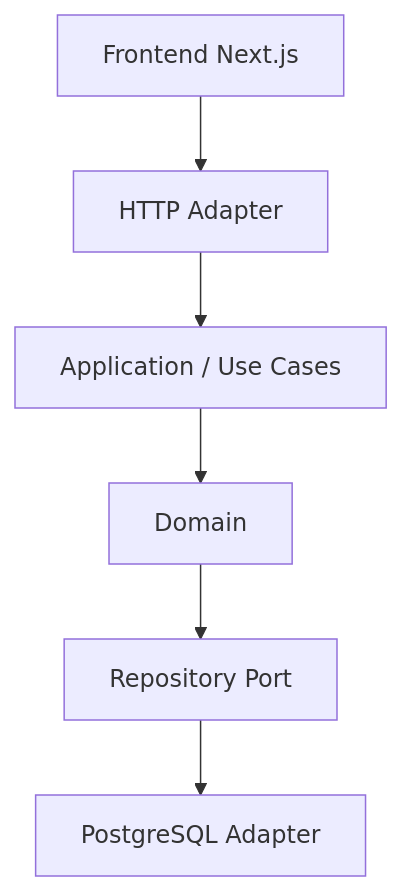
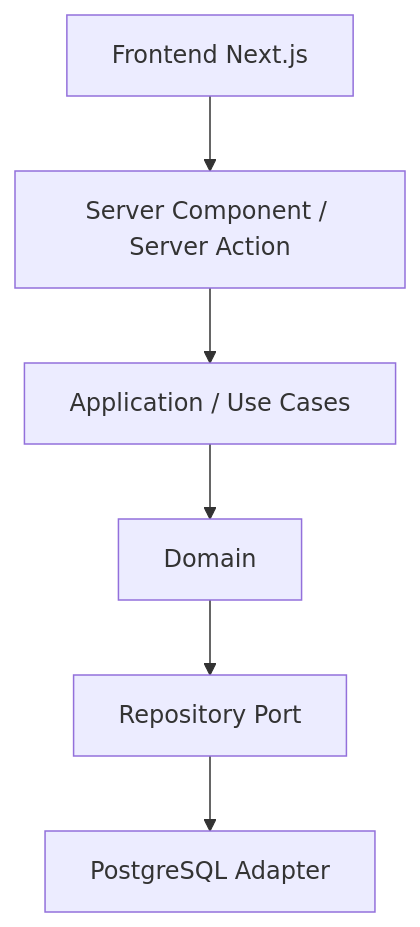
The diagram in ducktix/docs/guidelines.md (uBrunoow/ducktix), drawn with Mermaid before and after one commit. The commit also changed other lines of this file and 27 other files, not shown here.

````diff
--- a/ducktix/docs/guidelines.md
+++ b/ducktix/docs/guidelines.md
@@ -20,8 +20,8 @@
 ```mermaid
 graph TD
-    A[Frontend Next.js] --> B[HTTP Adapter]
+    A[Frontend Next.js] --> B[Server Component / Server Action]
     B --> C[Application / Use Cases]
     C --> D[Domain]
     D --> E[Repository Port]
     E --> F[PostgreSQL Adapter]
 ```
````
